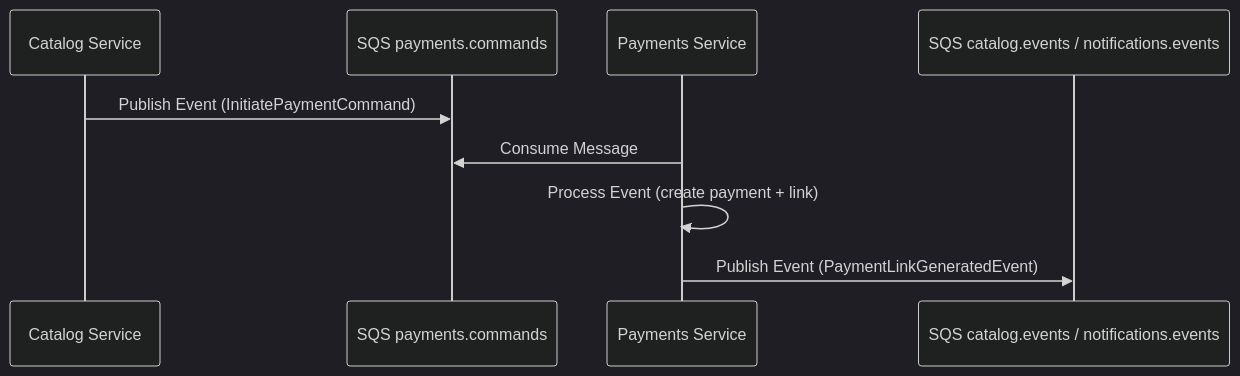
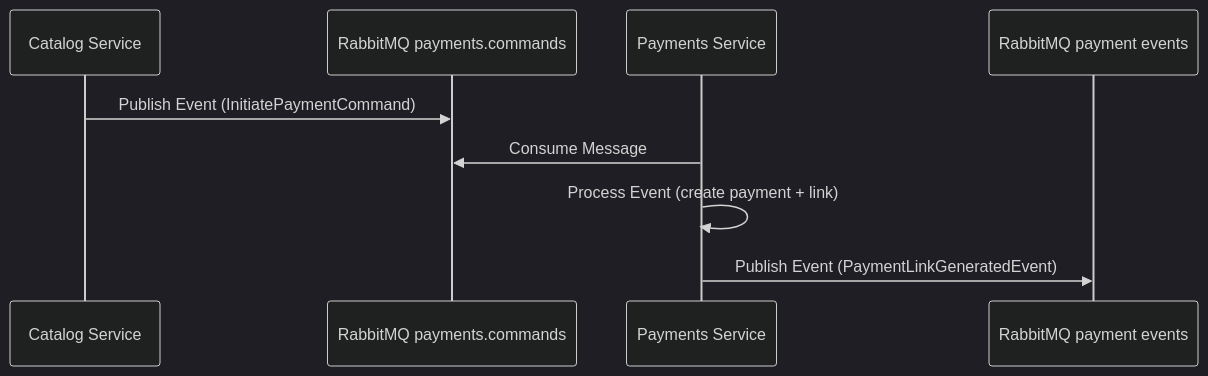
The third of 5 diagrams in README.md (louresb/cloud-games-fase-4-payments), drawn with Mermaid (dark theme) before and after one commit. The commit also changed other lines of this file and 5 other files, not shown here.

````diff
--- a/README.md
+++ b/README.md
@@ -90,12 +84,12 @@
 ```mermaid
 sequenceDiagram
     participant Catalog as Catalog Service
-    participant SQSCommands as SQS payments.commands
+    participant Commands as RabbitMQ payments.commands
     participant Payments as Payments Service
-    participant SQSEvents as SQS catalog.events / notifications.events
+    participant Events as RabbitMQ payment events
 
-    Catalog->>SQSCommands: Publish Event (InitiatePaymentCommand)
-    Payments->>SQSCommands: Consume Message
+    Catalog->>Commands: Publish Event (InitiatePaymentCommand)
+    Payments->>Commands: Consume Message
     Payments->>Payments: Process Event (create payment + link)
-    Payments->>SQSEvents: Publish Event (PaymentLinkGeneratedEvent)
+    Payments->>Events: Publish Event (PaymentLinkGeneratedEvent)
 ```
````
